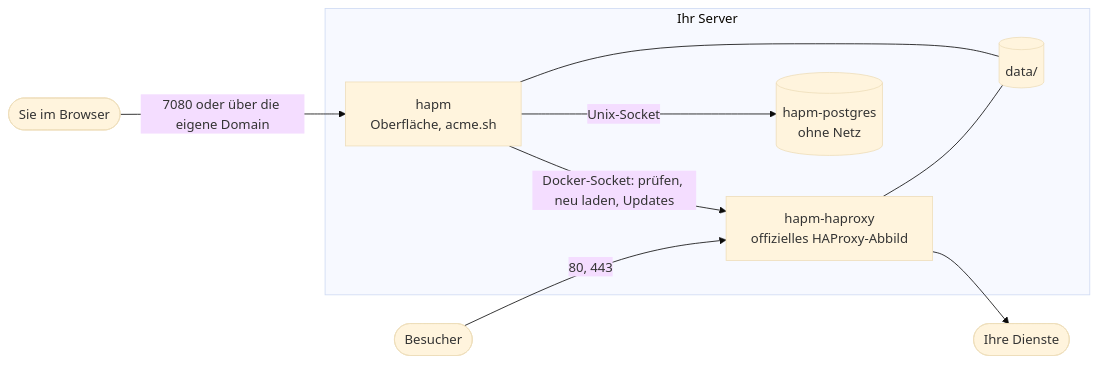
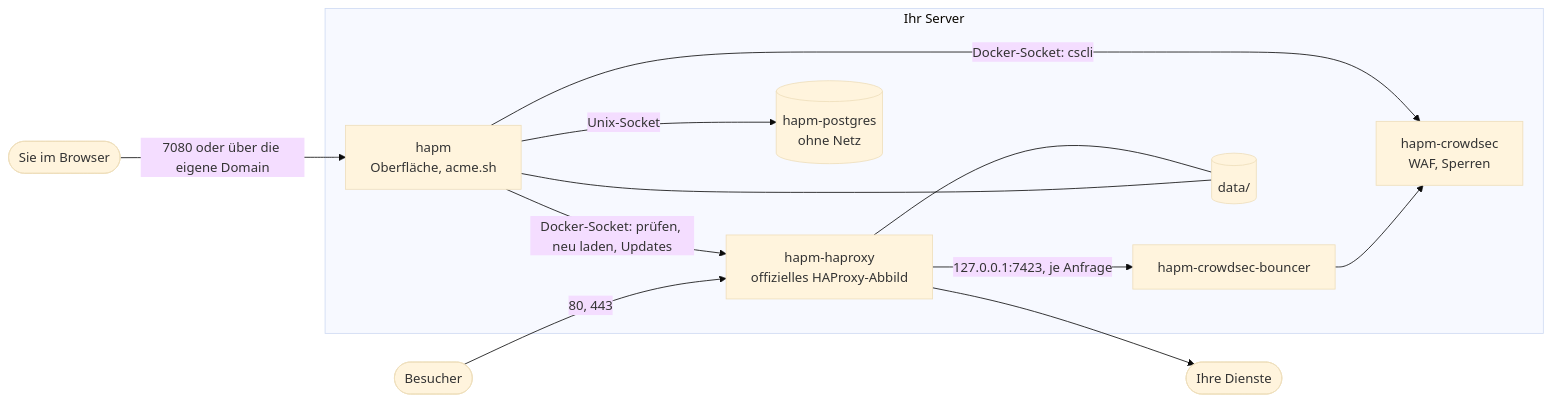
One commit to tjorvenhu/HAPM changed the diagram in README.md. Above: the diagram before and after it, drawn with Mermaid (base theme). The commit also changed other lines of this file and 100 other files, not shown here.

````diff
--- a/README.md
+++ b/README.md
@@ -426,18 +557,23 @@
 ```mermaid
 flowchart LR
     Besucher([Besucher]) -->|80, 443| HAProxy
     Admin([Sie im Browser]) -->|7080 oder über die eigene Domain| HAPM
 
     subgraph Server["Ihr Server"]
         HAProxy["hapm-haproxy<br/>offizielles HAProxy-Abbild"]
         HAPM["hapm<br/>Oberfläche, acme.sh"]
         Postgres[("hapm-postgres<br/>ohne Netz")]
+        Bouncer["hapm-crowdsec-bouncer"]
+        CrowdSec["hapm-crowdsec<br/>WAF, Sperren"]
         Daten[("data/")]
     end
 
     HAPM -->|Docker-Socket: prüfen, neu laden, Updates| HAProxy
     HAPM -->|Unix-Socket| Postgres
+    HAProxy -->|127.0.0.1:7423, je Anfrage| Bouncer
+    Bouncer --> CrowdSec
+    HAPM -->|Docker-Socket: cscli| CrowdSec
     HAProxy --> Ziele([Ihre Dienste])
     HAPM --- Daten
     HAProxy --- Daten
 ```
````
